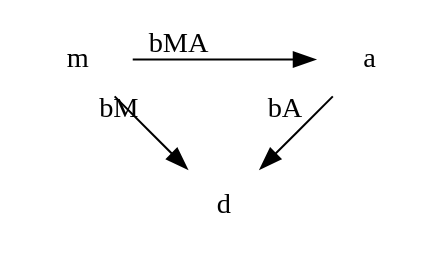
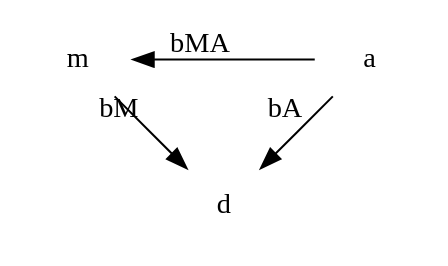
The second of 2 diagrams in lectures/multiple_predictors.qmd (biol609/biol609.github.io), drawn with Graphviz before and after one commit. The commit also changed other lines of this file and 1 other file, not shown here.

````diff
--- a/lectures/multiple_predictors.qmd
+++ b/lectures/multiple_predictors.qmd
@@ -752,28 +630,28 @@
 ```{dot}
 digraph {
 
 layout = neato
 
 m [
     shape = none
     pos = "-1,1!"
 ]
 
 d [
     shape = none
     pos = "0,0!"
 ]
 
 
 a [
     shape = none
     pos = "1,1!"
 ]
 
 
 
 m -> d [label="bM"]
 a -> d [label="bA"]
-m -> a [label="bMA"]
+a -> m [label="bMA"]
 }
 ```
````
